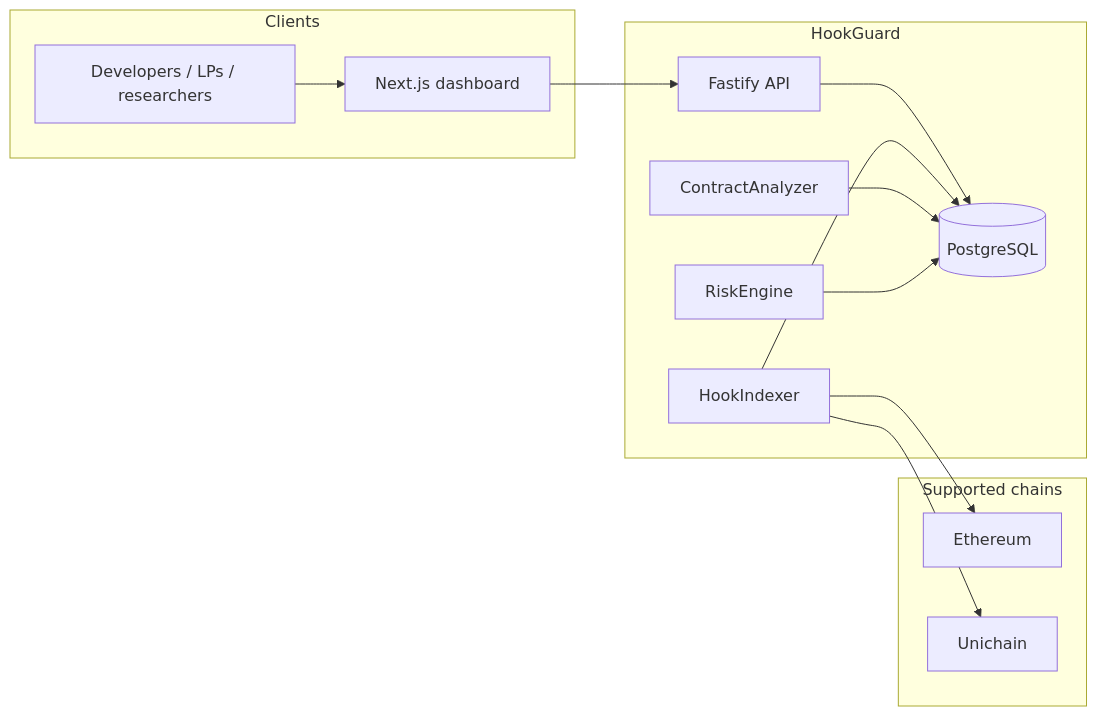
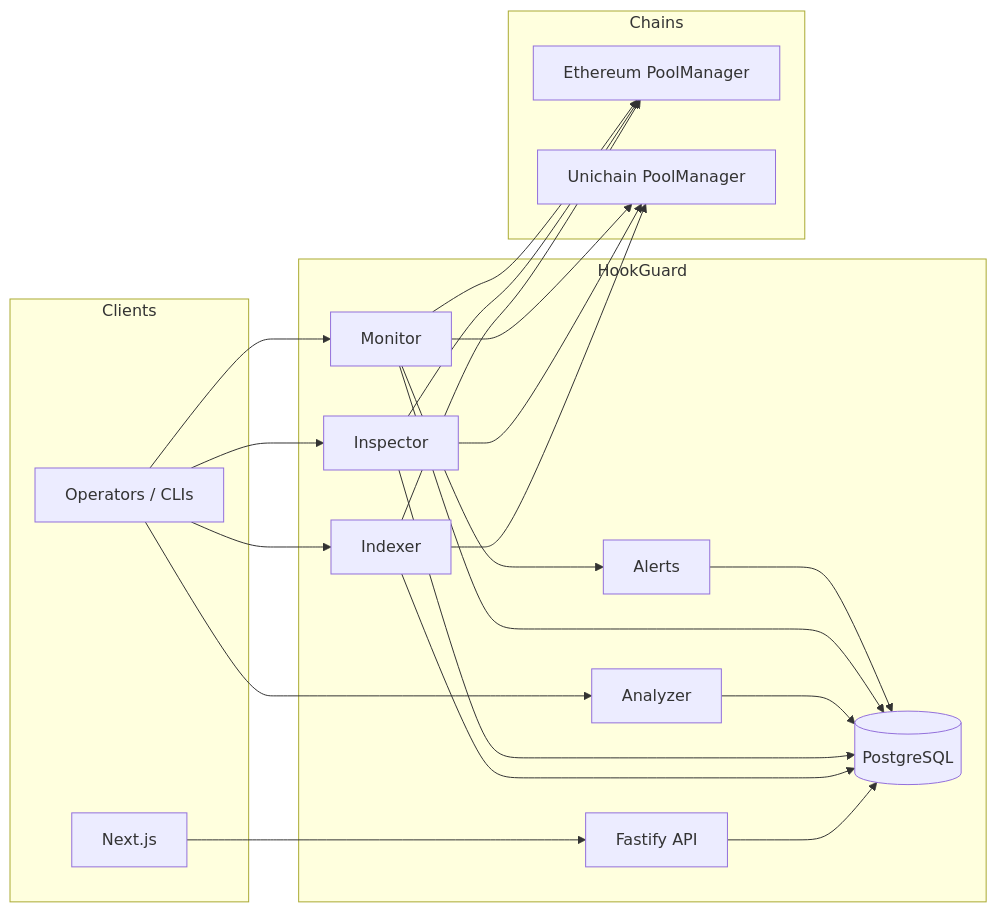
The first of 5 diagrams in docs/ARCHITECTURE.md (Soheilprs/HookGuard), drawn with Mermaid before and after one commit. The commit also changed other lines of this file and 17 other files, not shown here.

````diff
--- a/docs/ARCHITECTURE.md
+++ b/docs/ARCHITECTURE.md
@@ -17,29 +9,41 @@
 ```mermaid
 flowchart LR
   subgraph clients [Clients]
-    Web[Next.js dashboard]
-    Devs[Developers / LPs / researchers]
+    Web[Next.js]
+    Ops[Operators / CLIs]
   end
 
   subgraph platform [HookGuard]
     API[Fastify API]
     DB[(PostgreSQL)]
-    Indexer[HookIndexer]
-    Analyzer[ContractAnalyzer]
-    Risk[RiskEngine]
+    Idx[Indexer]
+    Ins[Inspector]
+    An[Analyzer]
+    Mon[Monitor]
+    Al[Alerts]
   end
 
-  subgraph chains [Supported chains]
-    ETH[Ethereum]
-    UNI[Unichain]
+  subgraph chains [Chains]
+    ETH[Ethereum PoolManager]
+    UNI[Unichain PoolManager]
   end
 
-  Devs --> Web
   Web --> API
+  Ops --> Idx
+  Ops --> Ins
+  Ops --> An
+  Ops --> Mon
   API --> DB
-  Indexer --> ETH
-  Indexer --> UNI
-  Indexer --> DB
-  Analyzer --> DB
-  Risk --> DB
+  Idx --> ETH
+  Idx --> UNI
+  Idx --> DB
+  Ins --> ETH
+  Ins --> UNI
+  Ins --> DB
+  An --> DB
+  Mon --> ETH
+  Mon --> UNI
+  Mon --> DB
+  Mon --> Al
+  Al --> DB
 ```
````
